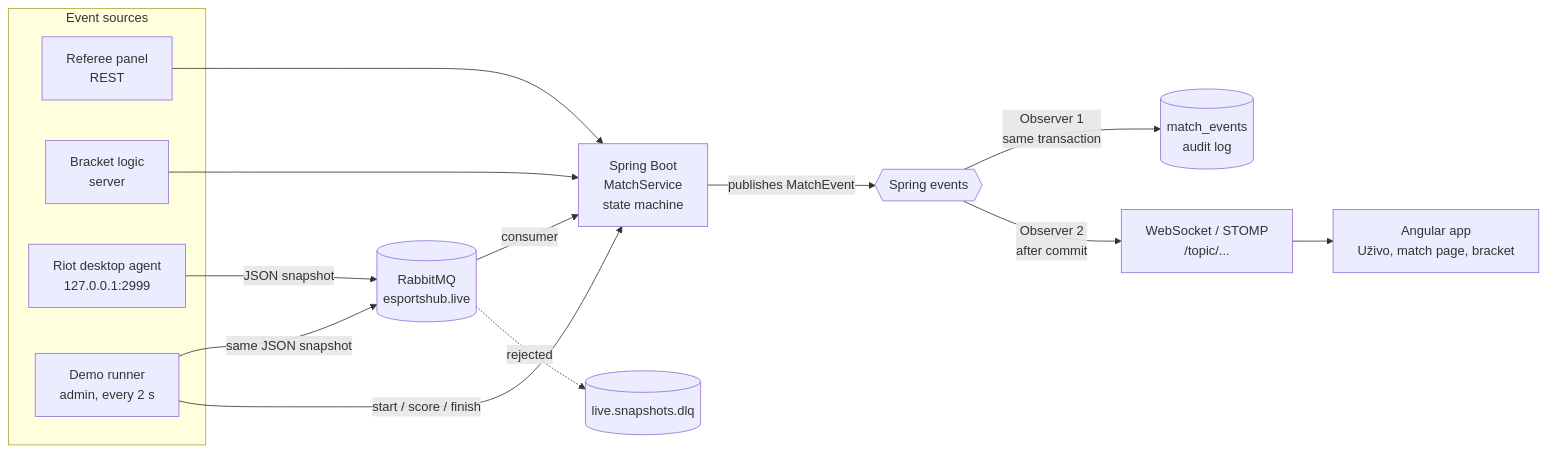
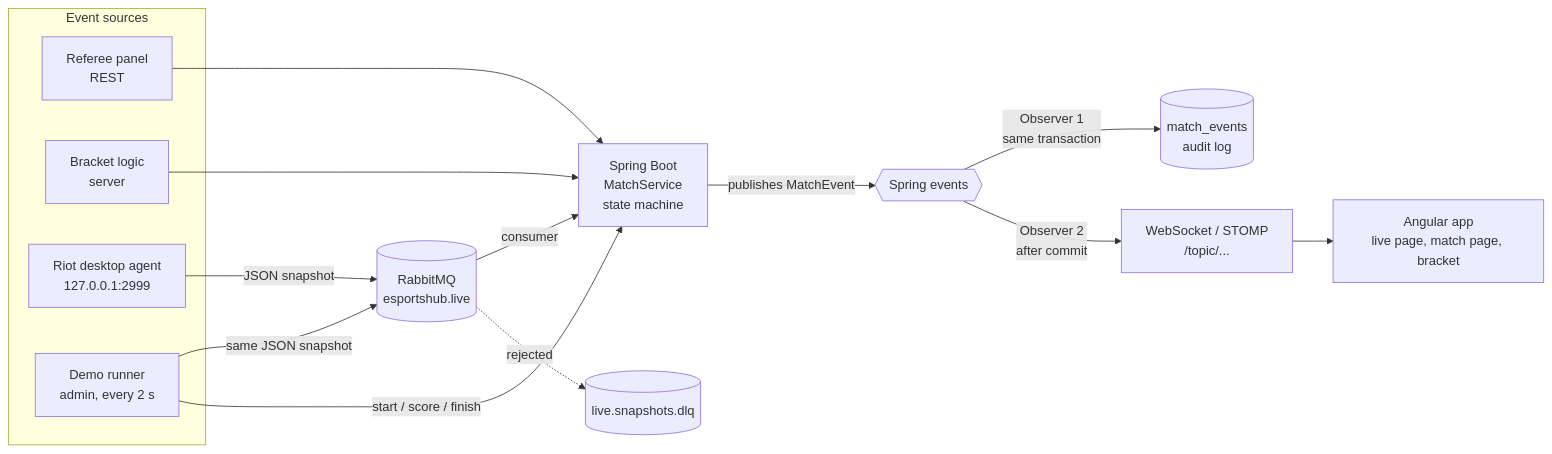
The diagram in README.md (dinoruznic/EsportsHub), drawn with Mermaid before and after one commit. The commit also changed other lines of this file, not shown here.

````diff
--- a/README.md
+++ b/README.md
@@ -91,22 +91,22 @@
 ```mermaid
 flowchart LR
     subgraph Sources["Event sources"]
         R[Referee panel<br/>REST]
         B[Bracket logic<br/>server]
         A[Riot desktop agent<br/>127.0.0.1:2999]
         D[Demo runner<br/>admin, every 2 s]
     end
 
     A -- JSON snapshot --> Q[(RabbitMQ<br/>esportshub.live)]
     D -- same JSON snapshot --> Q
     D -- start / score / finish --> S
     Q -- consumer --> S
     Q -. rejected .-> DLQ[(live.snapshots.dlq)]
     R --> S[Spring Boot<br/>MatchService<br/>state machine]
     B --> S
 
     S -- publishes MatchEvent --> E{{Spring events}}
     E -- Observer 1<br/>same transaction --> L[(match_events<br/>audit log)]
     E -- Observer 2<br/>after commit --> W[WebSocket / STOMP<br/>/topic/...]
-    W --> V[Angular app<br/>Uživo, match page, bracket]
+    W --> V[Angular app<br/>live page, match page, bracket]
 ```
````
